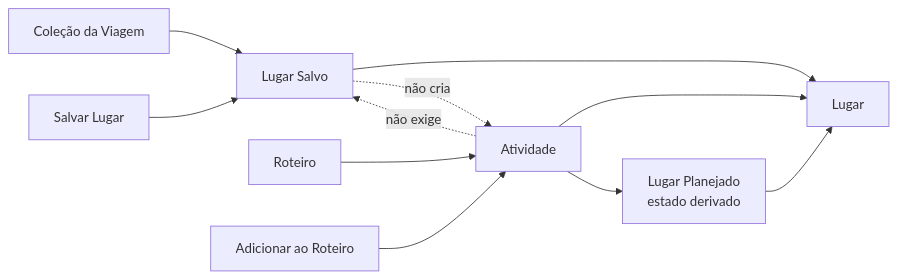
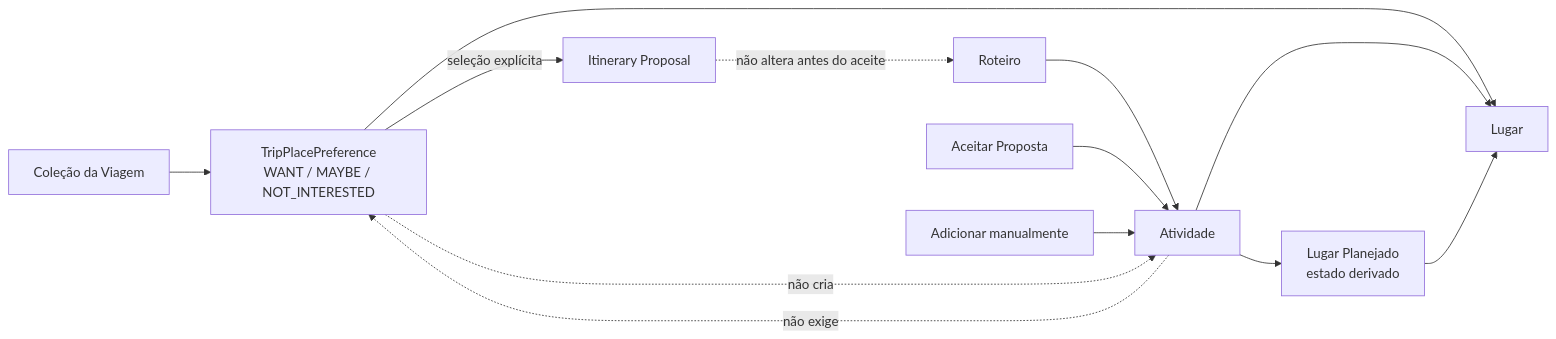
Before and after one commit to collapsy/Routebook: the ninth of 17 diagrams in docs/domain/domain-model.md, drawn with Mermaid. The commit also changed other lines of this file and 16 other files, not shown here.

````diff
--- a/docs/domain/domain-model.md
+++ b/docs/domain/domain-model.md
@@ -1555,23 +1596,26 @@
 ```mermaid
 flowchart LR
     Place["Lugar"]
     Collection["Coleção da Viagem"]
-    Saved["Lugar Salvo"]
+    Preference["TripPlacePreference<br/>WANT / MAYBE / NOT_INTERESTED"]
+    Proposal["Itinerary Proposal"]
     Itinerary["Roteiro"]
     Activity["Atividade"]
     Planned["Lugar Planejado<br/>estado derivado"]
 
-    Collection --> Saved
-    Saved --> Place
+    Collection --> Preference
+    Preference --> Place
+    Preference -->|seleção explícita| Proposal
 
     Itinerary --> Activity
     Activity --> Place
     Activity --> Planned
     Planned --> Place
 
-    SaveAction["Salvar Lugar"] --> Saved
-    PlanAction["Adicionar ao Roteiro"] --> Activity
+    Apply["Aceitar Proposta"] --> Activity
+    Manual["Adicionar manualmente"] --> Activity
 
-    Saved -.->|não cria| Activity
-    Activity -.->|não exige| Saved
+    Preference -.->|não cria| Activity
+    Proposal -.->|não altera antes do aceite| Itinerary
+    Activity -.->|não exige| Preference
 ```
````
